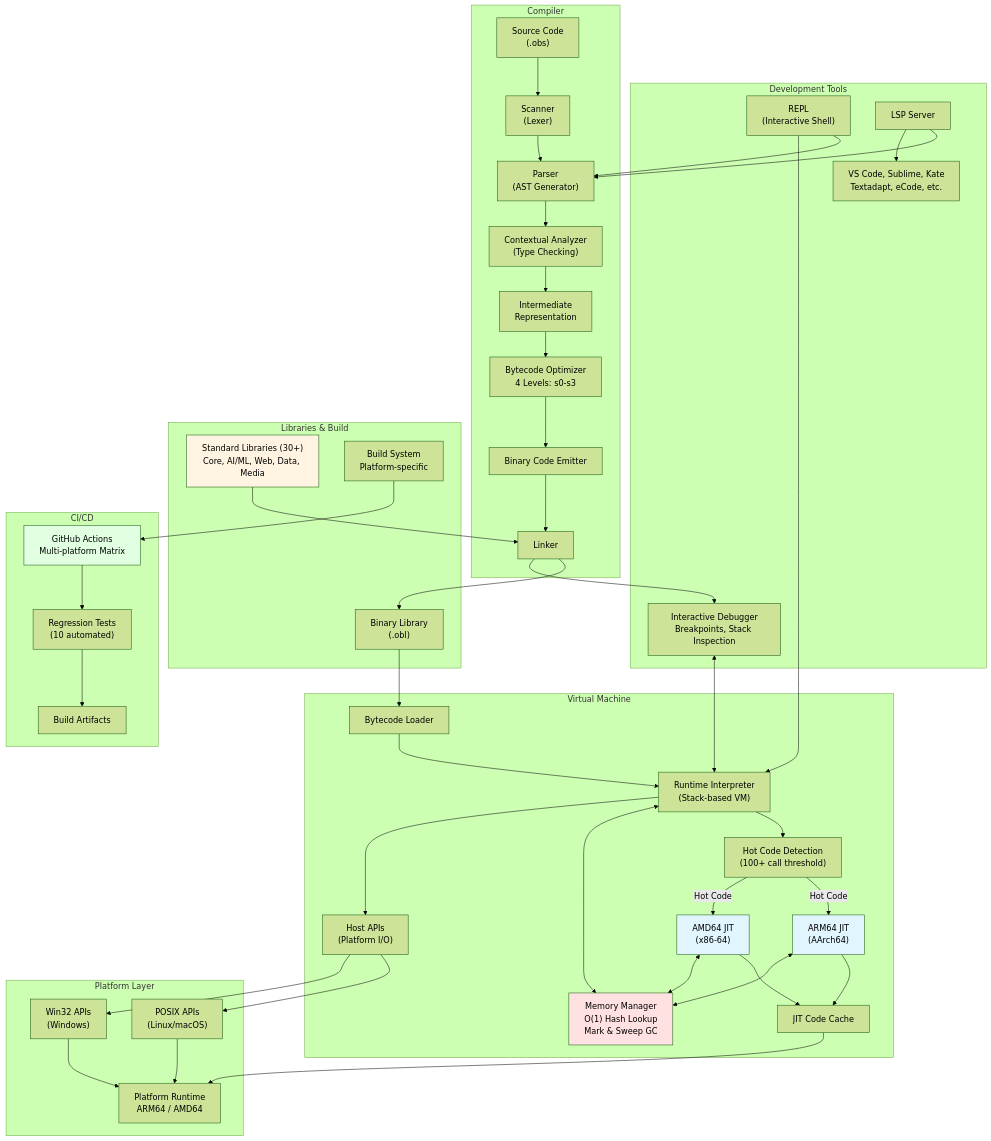
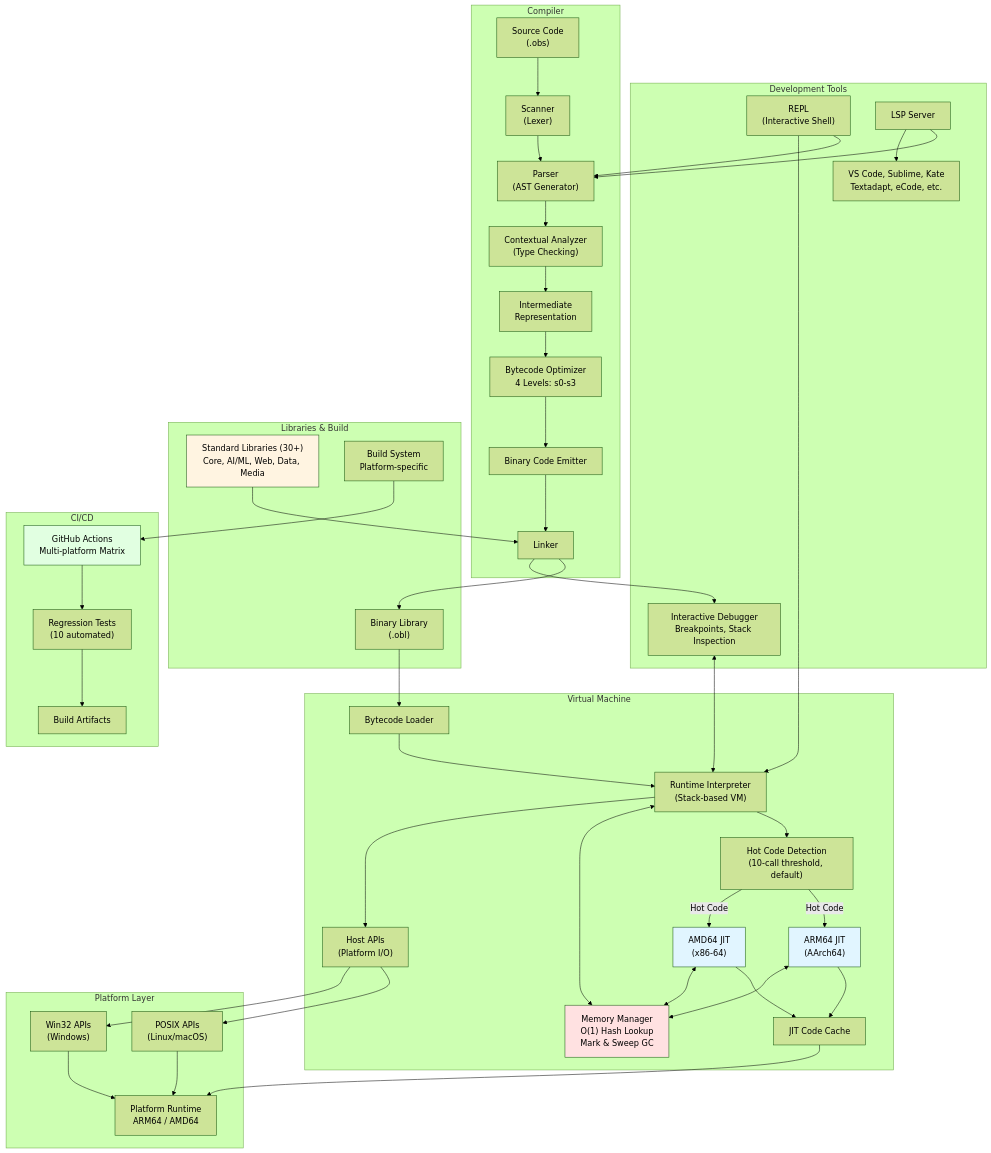
The first of 28 diagrams in docs/architecture.md (objeck/objeck-lang), drawn with Mermaid (forest theme) before and after one commit. The commit also changed other lines of this file, not shown here.

First line of the commit message:
docs: correct JIT auto-compile threshold from 100 to 10 in architecture.md

```diff
--- a/docs/architecture.md
+++ b/docs/architecture.md
@@ -54,7 +54,7 @@
     subgraph "Virtual Machine"
         Loader["Bytecode Loader"]
         Interpreter["Runtime Interpreter<br/>(Stack-based VM)"]
-        HotCode["Hot Code Detection<br/>(100+ call threshold)"]
+        HotCode["Hot Code Detection<br/>(10-call threshold, default)"]
         JIT_ARM["ARM64 JIT<br/>(AArch64)"]
         JIT_AMD["AMD64 JIT<br/>(x86-64)"]
         CodeCache["JIT Code Cache"]
```
